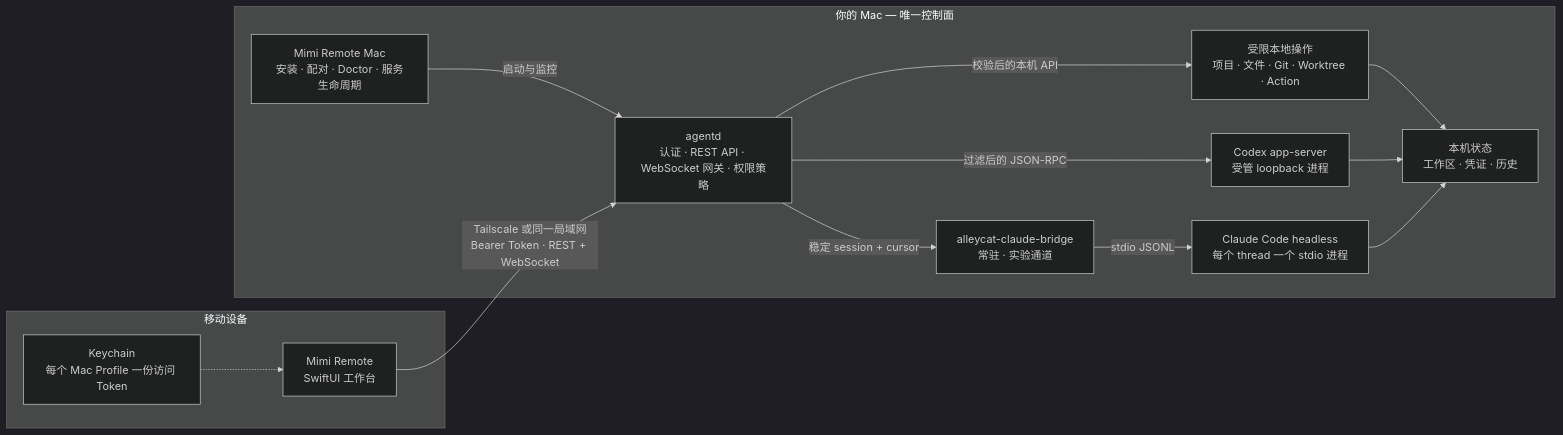
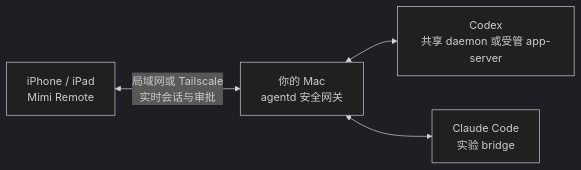
Before and after one commit to gaixianggeng/mimi-remote: the diagram in README.zh-CN.md, drawn with Mermaid (dark theme). The commit also changed other lines of this file and 1 other file, not shown here.

Commit message:
MIM-147 优化 README 截图与架构说明

````diff
--- a/README.zh-CN.md
+++ b/README.zh-CN.md
@@ -143,29 +143,11 @@
 ```mermaid
 flowchart LR
-    subgraph Mobile["移动设备"]
-        App["Mimi Remote<br/>SwiftUI 工作台"]
-        Keychain["Keychain<br/>每个 Mac Profile 一份访问 Token"]
-        Keychain -.-> App
-    end
+    Mobile["iPhone / iPad<br/>Mimi Remote"]
+    Gateway["你的 Mac<br/>agentd 安全网关"]
+    Codex["Codex<br/>共享 daemon 或受管 app-server"]
+    Claude["Claude Code<br/>实验 bridge"]
 
-    subgraph Mac["你的 Mac — 唯一控制面"]
-        Host["Mimi Remote Mac<br/>安装 · 配对 · Doctor · 服务生命周期"]
-        Agent["agentd<br/>认证 · REST API · WebSocket 网关 · 权限策略"]
-        Local["受限本地操作<br/>项目 · 文件 · Git · Worktree · Action"]
-        Codex["Codex app-server<br/>受管 loopback 进程"]
-        Bridge["alleycat-claude-bridge<br/>常驻 · 实验通道"]
-        Claude["Claude Code headless<br/>每个 thread 一个 stdio 进程"]
-        State["本机状态<br/>工作区 · 凭证 · 历史"]
-
-        Host -->|"启动与监控"| Agent
-        Agent -->|"校验后的本机 API"| Local
-        Agent -->|"过滤后的 JSON-RPC"| Codex
-        Agent -->|"稳定 session + cursor"| Bridge
-        Bridge -->|"stdio JSONL"| Claude
-        Local --> State
-        Codex --> State
-        Claude --> State
-    end
-
-    App -->|"Tailscale 或同一局域网<br/>Bearer Token · REST + WebSocket"| Agent
+    Mobile <-->|"局域网或 Tailscale<br/>实时会话与审批"| Gateway
+    Gateway <--> Codex
+    Gateway <--> Claude
 ```
````
